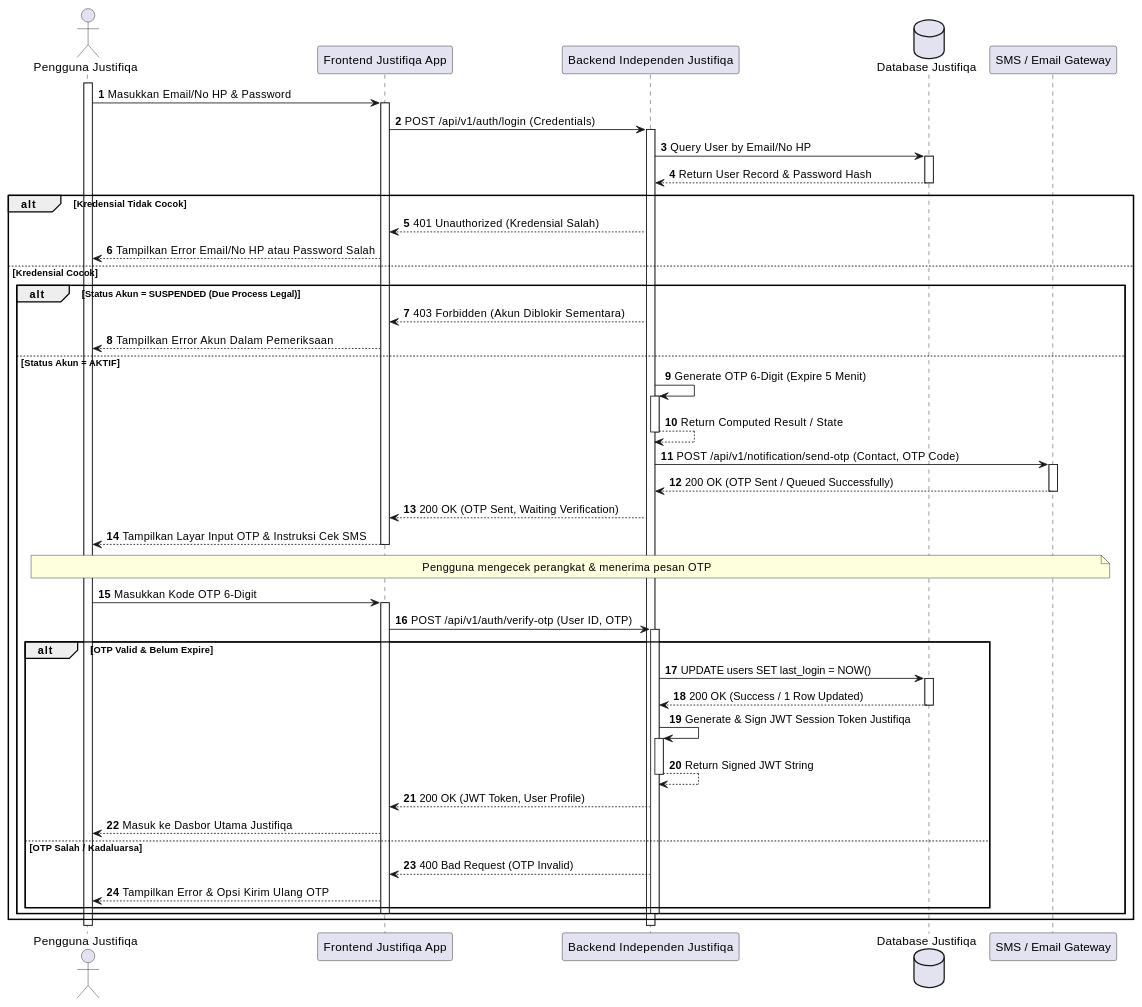
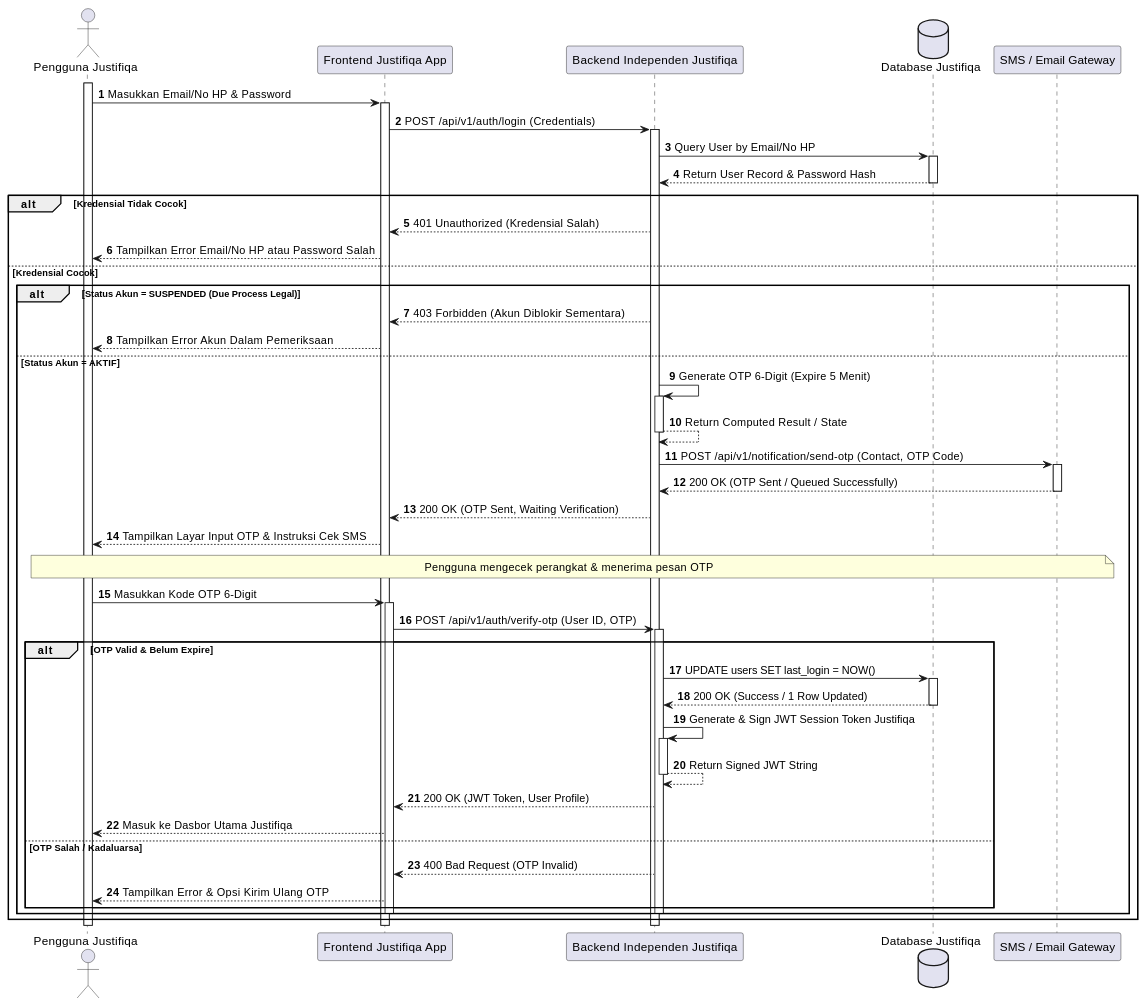
One commit to tupperwureism/SuperApp-Gagal changed the second of 27 diagrams in MarkDown/plantuml_sequence_diagrams.md. Above: the diagram before and after it, drawn with PlantUML. The commit also changed other lines of this file and 2 other files, not shown here.

Commit message:
fix(uml): remove shorthand deactivations from actor return arrows and prevent double deactivations across SD Justifiqa and Qualifa

````diff
--- a/MarkDown/plantuml_sequence_diagrams.md
+++ b/MarkDown/plantuml_sequence_diagrams.md
@@ -69,55 +69,55 @@
 ```plantuml
 @startuml
 autonumber
 actor "Pengguna Justifiqa" as User
 participant "Frontend Justifiqa App" as FE
 participant "Backend Independen Justifiqa" as BE
 database "Database Justifiqa" as DB
 participant "SMS / Email Gateway" as SMS
 
 activate User
 User -> FE ++ : Masukkan Email/No HP & Password
 FE -> BE ++ : POST /api/v1/auth/login (Credentials)
 
 BE -> DB ++ : Query User by Email/No HP
 DB --> BE -- : Return User Record & Password Hash
 
 alt Kredensial Tidak Cocok
     BE --> FE : 401 Unauthorized (Kredensial Salah)
     FE --> User : Tampilkan Error Email/No HP atau Password Salah
 else Kredensial Cocok
     alt Status Akun = SUSPENDED (Due Process Legal)
         BE --> FE : 403 Forbidden (Akun Diblokir Sementara)
         FE --> User : Tampilkan Error Akun Dalam Pemeriksaan
     else Status Akun = AKTIF
         BE -> BE ++ : Generate OTP 6-Digit (Expire 5 Menit)
         BE --> BE -- : Return Computed Result / State
         BE -> SMS ++ : POST /api/v1/notification/send-otp (Contact, OTP Code)
         SMS --> BE -- : 200 OK (OTP Sent / Queued Successfully)
         BE --> FE : 200 OK (OTP Sent, Waiting Verification)
-        FE --> User -- : Tampilkan Layar Input OTP & Instruksi Cek SMS
+        FE --> User : Tampilkan Layar Input OTP & Instruksi Cek SMS
         note over User, SMS : Pengguna mengecek perangkat & menerima pesan OTP
         
         User -> FE ++ : Masukkan Kode OTP 6-Digit
         FE -> BE ++ : POST /api/v1/auth/verify-otp (User ID, OTP)
         
         alt OTP Valid & Belum Expire
             BE -> DB ++ : UPDATE users SET last_login = NOW()
             DB --> BE -- : 200 OK (Success / 1 Row Updated)
             BE -> BE ++ : Generate & Sign JWT Session Token Justifiqa
             BE --> BE -- : Return Signed JWT String
             BE --> FE : 200 OK (JWT Token, User Profile)
             FE --> User : Masuk ke Dasbor Utama Justifiqa
         else OTP Salah / Kadaluarsa
             BE --> FE : 400 Bad Request (OTP Invalid)
             FE --> User : Tampilkan Error & Opsi Kirim Ulang OTP
         end
         deactivate BE
         deactivate FE
     end
 end
 deactivate BE
 deactivate FE
 deactivate User
 @enduml
 ```
````
